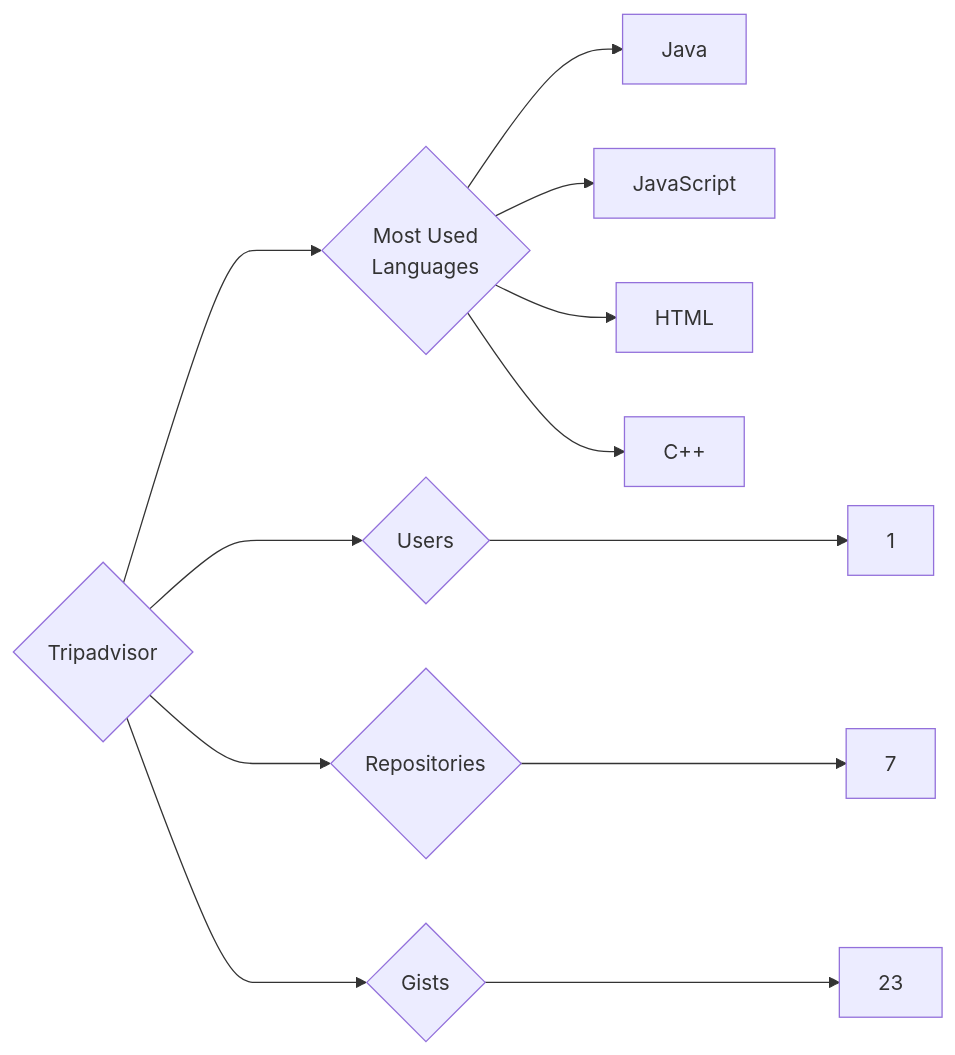
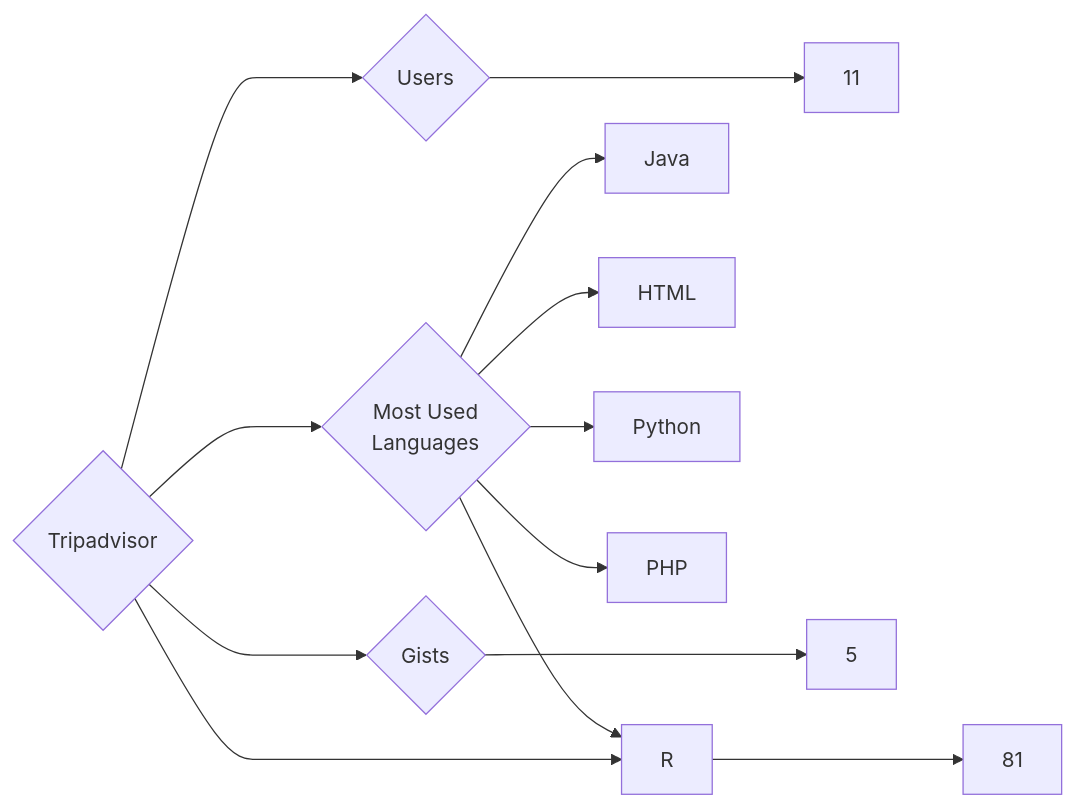
One commit to trickest/insiders changed the diagram in targets/Tripadvisor/README.md. Above: the diagram before and after it, drawn with Mermaid. The commit also changed 903 other files, not shown here.

````diff
--- a/targets/Tripadvisor/README.md
+++ b/targets/Tripadvisor/README.md
@@ -3,12 +3,13 @@
 ```mermaid
 graph LR
 COMPANY_NAME{Tripadvisor}
-COMPANY_NAME ---> U{Users} ---> UN[1]
-COMPANY_NAME ---> R{Repositories} ---> RN[7]
-COMPANY_NAME ---> G{Gists} ---> GN[23]
+COMPANY_NAME ---> U{Users} ---> UN[11]
+COMPANY_NAME ---> R{Repositories} ---> RN[81]
+COMPANY_NAME ---> G{Gists} ---> GN[5]
 COMPANY_NAME ---> ML{Most Used<br>Languages}
 ML --> Java[Java]
-ML --> JavaScript[JavaScript]
 ML --> HTML[HTML]
-ML --> C++[C++]
+ML --> Python[Python]
+ML --> R[R]
+ML --> PHP[PHP]
 ```
````
